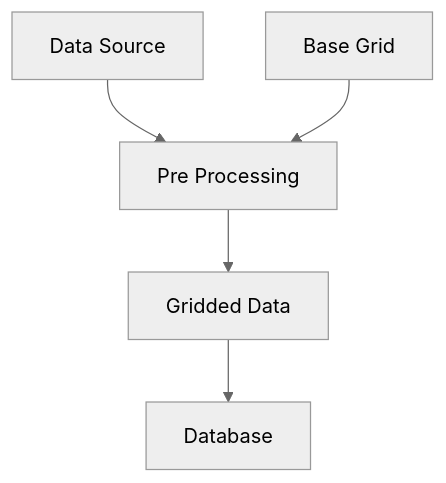
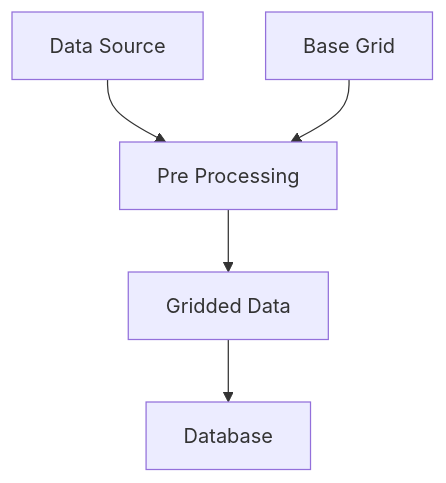
The third of 4 diagrams in 03_methods.qmd (hugotseixas/tica-book), drawn with Mermaid before and after one commit. The commit also changed other lines of this file, not shown here.

Commit message:
Fix diagrams alignment.

````diff
--- a/03_methods.qmd
+++ b/03_methods.qmd
@@ -96,11 +110,13 @@
 ```{mermaid}
+%%| label: fig-data-diagram
+%%| fig-cap: Mermaid diagram
 %%| fig-responsive: true
-%%{init: {'theme': 'neutral' } }%%
+%%| fig-align: center
 
 flowchart TD
     A[Data Source] --> E[Pre Processing]
     B[Base Grid] --> E[Pre Processing]
     E[Pre Processing] --> F[Gridded Data]
     F[Gridded Data] --> G[Database]
 
 ```
````
